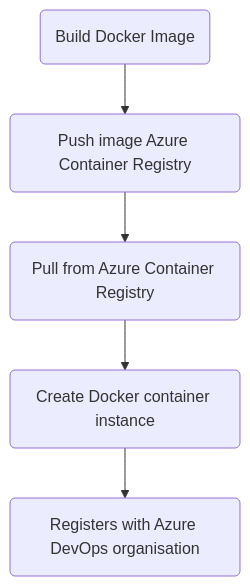
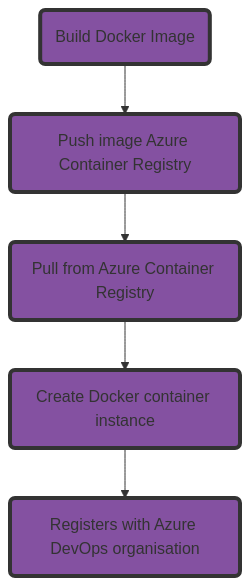
The diagram in content/posts/dockerazpbuildagent.md (svaus/blog), drawn with Mermaid before and after one commit. The commit also changed 2 other files, not shown here.

Commit message:
added style to mermaid

```diff
--- a/content/posts/dockerazpbuildagent.md
+++ b/content/posts/dockerazpbuildagent.md
@@ -10,9 +10,15 @@
 {{<mermaid>}}
 
 graph TD
   A("Build Docker Image")
   A-->B("Push image Azure Container Registry")
   B-->C("Pull from Azure Container Registry")
   C-->D("Create Docker container instance")
   D-->E("Registers with Azure DevOps organisation")
+
+  style A fill:#8451a1,stroke:#333,stroke-width:4px
+  style B fill:#8451a1,stroke:#333,stroke-width:4px
+  style C fill:#8451a1,stroke:#333,stroke-width:4px
+  style D fill:#8451a1,stroke:#333,stroke-width:4px
+  style E fill:#8451a1,stroke:#333,stroke-width:4px
 {{</mermaid>}}
```
